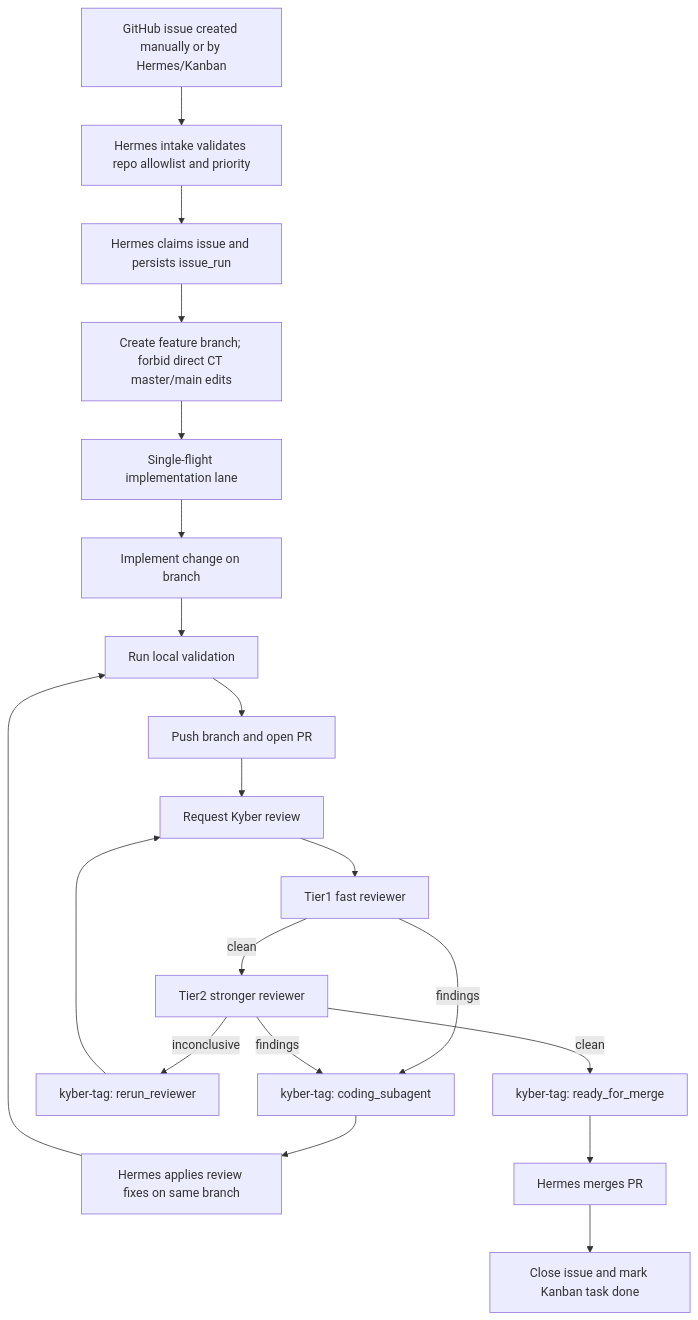
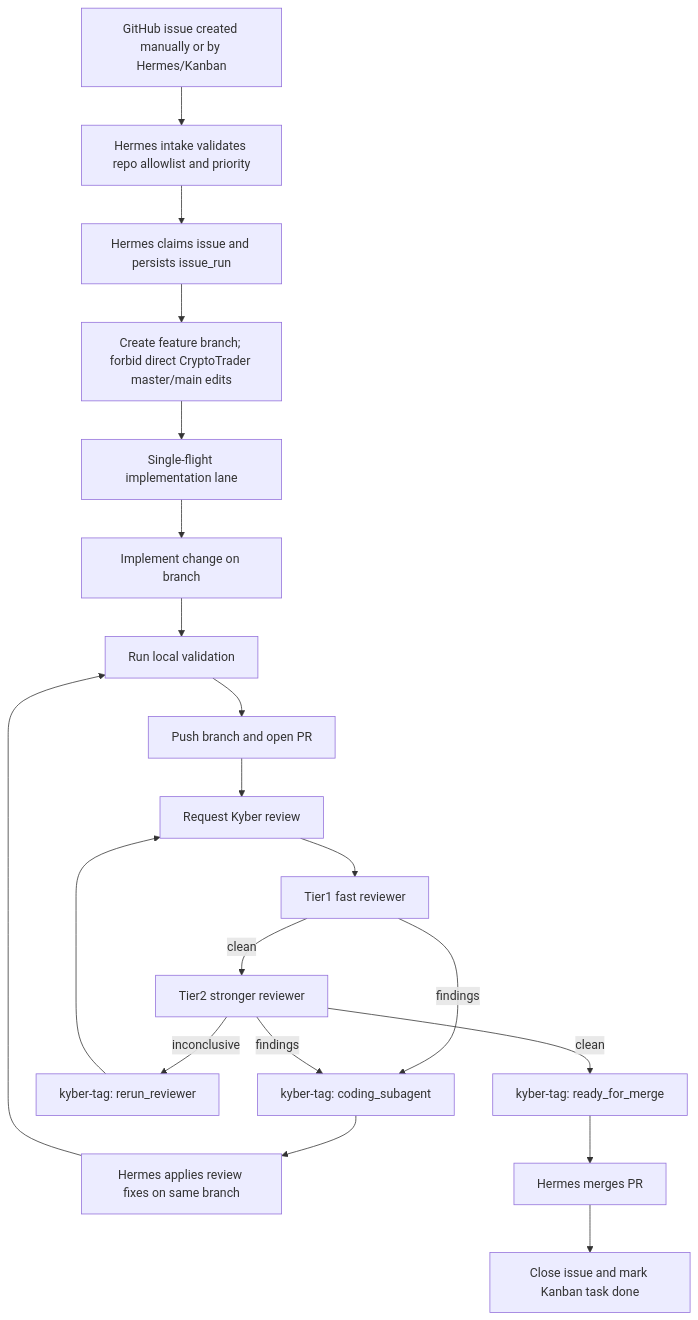
One commit to m0nklabs/kyberm0nk changed the diagram in docs/ARCHITECTURE.md. Above: the diagram before and after it, drawn with Mermaid. The commit also changed other lines of this file and 3 other files, not shown here.

Commit message:
docs(autonomy): record Hermes CryptoTrader guard

````diff
--- a/docs/ARCHITECTURE.md
+++ b/docs/ARCHITECTURE.md
@@ -70,22 +70,22 @@
 ```mermaid
 flowchart TD
     A[GitHub issue created manually or by Hermes/Kanban] --> B[Hermes intake validates repo allowlist and priority]
     B --> C[Hermes claims issue and persists issue_run]
-    C --> D[Create feature branch; forbid direct CT master/main edits]
+    C --> D[Create feature branch; forbid direct CryptoTrader master/main edits]
     D --> E[Single-flight implementation lane]
     E --> F[Implement change on branch]
     F --> G[Run local validation]
     G --> H[Push branch and open PR]
     H --> I[Request Kyber review]
     I --> J[Tier1 fast reviewer]
     J -->|clean| K[Tier2 stronger reviewer]
     J -->|findings| L[kyber-tag: coding_subagent]
     K -->|findings| L
     K -->|inconclusive| M[kyber-tag: rerun_reviewer]
     K -->|clean| N[kyber-tag: ready_for_merge]
     L --> O[Hermes applies review fixes on same branch]
     O --> G
     M --> I
     N --> P[Hermes merges PR]
     P --> Q[Close issue and mark Kanban task done]
 ```
````
